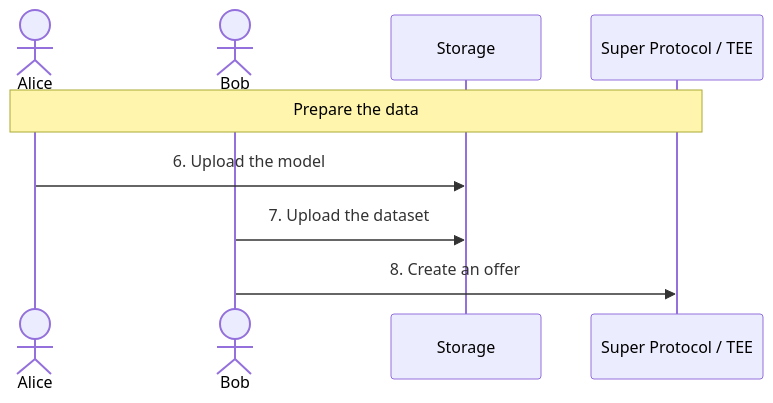
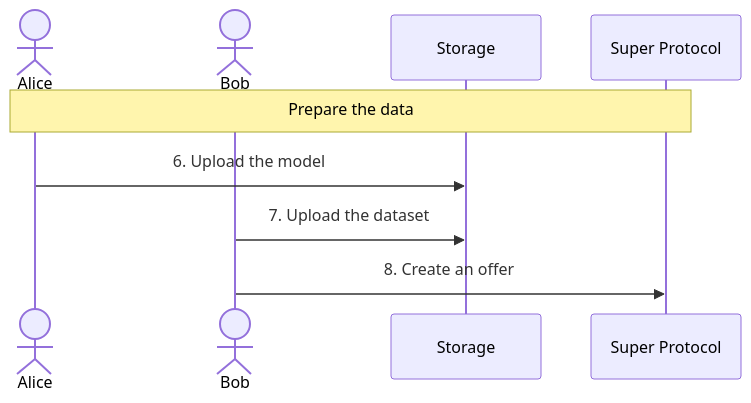
One commit to Super-Protocol/docs changed the second of 3 diagrams in docs/cli/Guides/confidential-fine-tuning.md. Above: the diagram before and after it, drawn with Mermaid. The commit also changed other lines of this file and 1 other file, not shown here.

````diff
--- a/docs/cli/Guides/confidential-fine-tuning.md
+++ b/docs/cli/Guides/confidential-fine-tuning.md
@@ -52,13 +52,13 @@
 ```mermaid
 sequenceDiagram
     actor Alice
     actor Bob
     participant Storage
-    participant Super Protocol / TEE
+    participant Super Protocol
 
-    note over Alice,Super Protocol / TEE: Prepare the data
+    note over Alice,Super Protocol: Prepare the data
 
     Alice ->> Storage: 6. Upload the model
     Bob ->> Storage: 7. Upload the dataset
-    Bob ->> Super Protocol / TEE: 8. Create an offer
+    Bob ->> Super Protocol: 8. Create an offer
 ```
````
